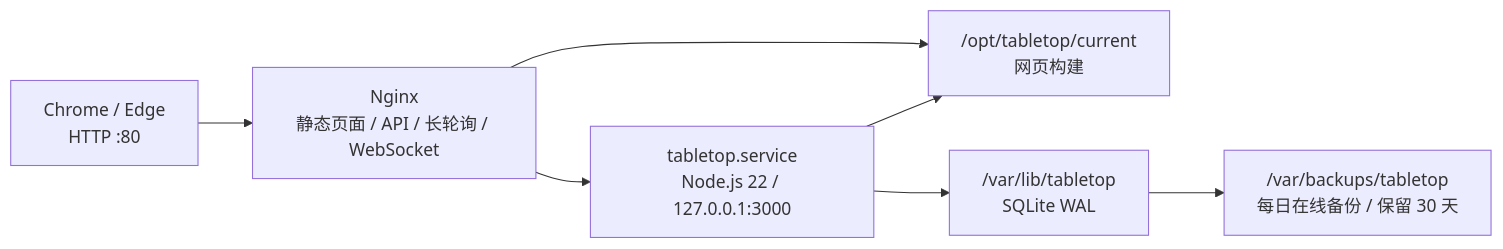
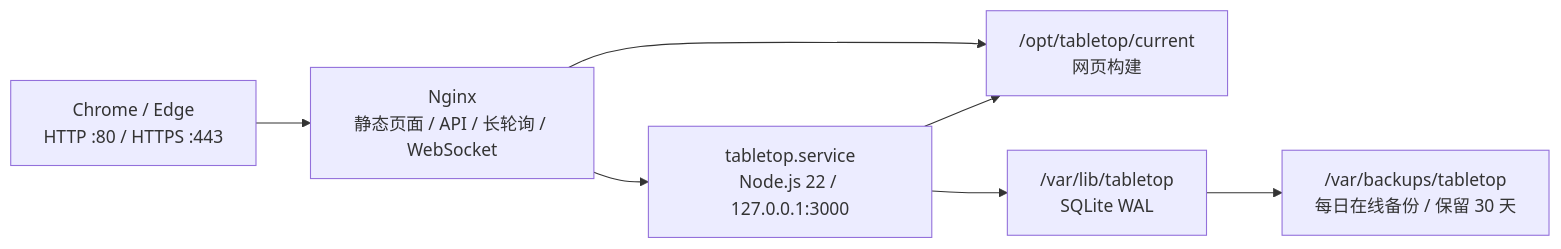
Before and after one commit to huzife/tabletop: the diagram in docs/deployment.md, drawn with Mermaid. The commit also changed other lines of this file and 4 other files, not shown here.

````diff
--- a/docs/deployment.md
+++ b/docs/deployment.md
@@ -22,9 +23,9 @@
 ```mermaid
 flowchart LR
-  browser["Chrome / Edge<br/>HTTP :80"] --> nginx["Nginx<br/>静态页面 / API / 长轮询 / WebSocket"]
+  browser["Chrome / Edge<br/>HTTP :80 / HTTPS :443"] --> nginx["Nginx<br/>静态页面 / API / 长轮询 / WebSocket"]
   nginx --> node["tabletop.service<br/>Node.js 22 / 127.0.0.1:3000"]
   nginx --> release["/opt/tabletop/current<br/>网页构建"]
   node --> release
   node --> db["/var/lib/tabletop<br/>SQLite WAL"]
   db --> backup["/var/backups/tabletop<br/>每日在线备份 / 保留 30 天"]
 ```
````
